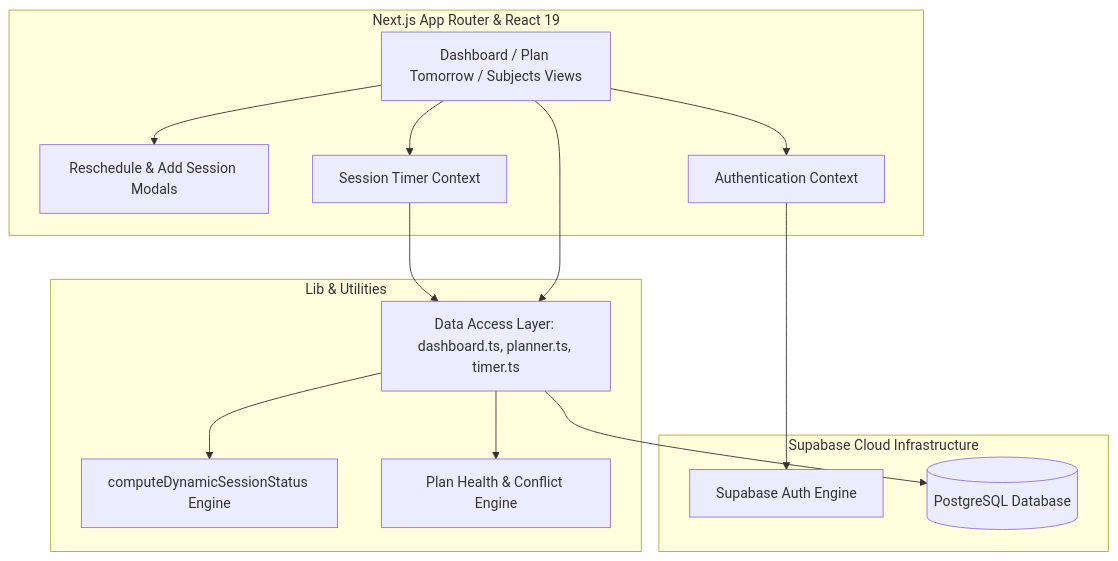
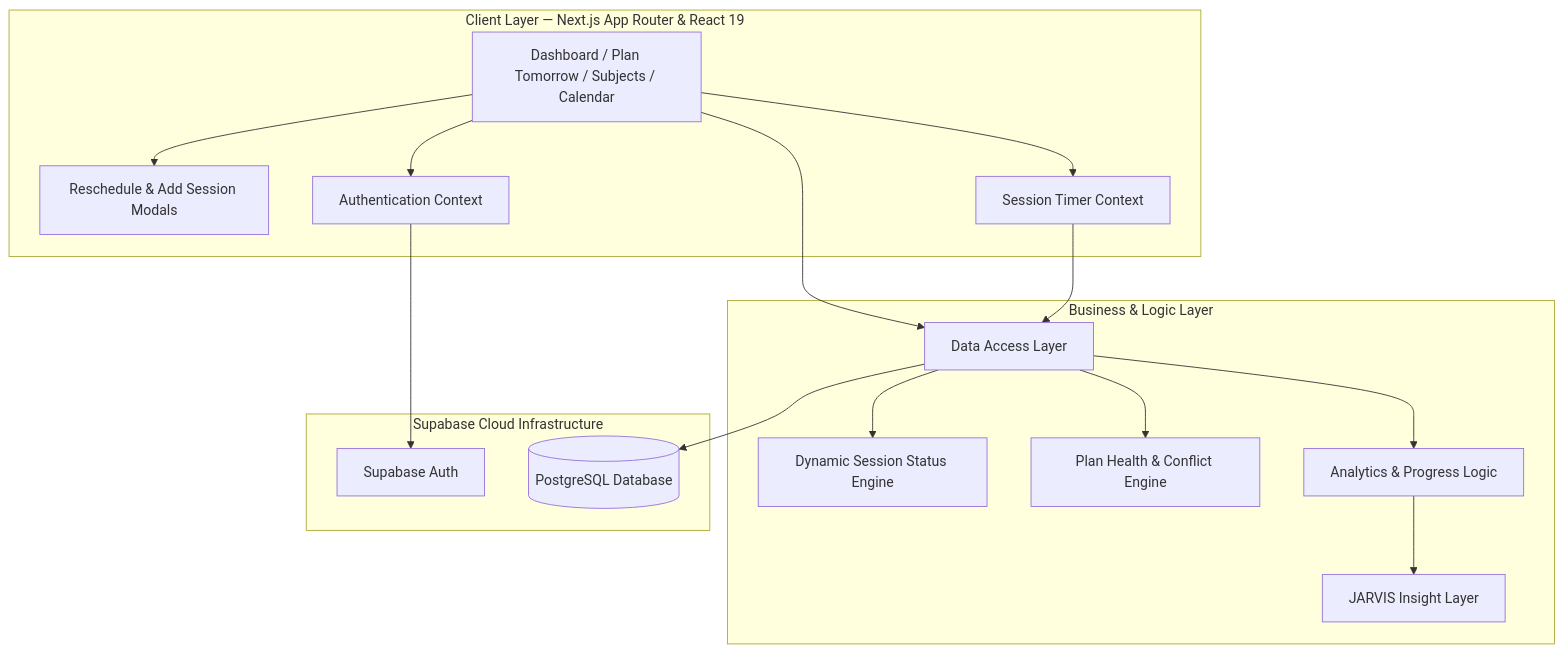
Before and after one commit to Maxwell343/StudyOS-Personal-Study-Management-Analytics-System: the first of 3 diagrams in README.md, drawn with Mermaid. The commit also changed other lines of this file, not shown here.

````diff
--- a/README.md
+++ b/README.md
@@ -59,30 +305,37 @@
 ```mermaid
 graph TD
-    subgraph Client Layer [Next.js App Router & React 19]
-        UI[Dashboard / Plan Tomorrow / Subjects Views]
-        Modal[Reschedule & Add Session Modals]
-        TimerContext[Session Timer Context]
-        AuthContext[Authentication Context]
+
+    subgraph Client["Client Layer — Next.js App Router & React 19"]
+        UI["Dashboard / Plan Tomorrow / Subjects / Calendar"]
+        Modal["Reschedule & Add Session Modals"]
+        TimerContext["Session Timer Context"]
+        AuthContext["Authentication Context"]
     end
 
-    subgraph Business & Logic Layer [Lib & Utilities]
-        DynamicStatus[computeDynamicSessionStatus Engine]
-        PlannerUtils[Plan Health & Conflict Engine]
-        DataAdapter[Data Access Layer: dashboard.ts, planner.ts, timer.ts]
+    subgraph Logic["Business & Logic Layer"]
+        DynamicStatus["Dynamic Session Status Engine"]
+        PlannerUtils["Plan Health & Conflict Engine"]
+        DataAdapter["Data Access Layer"]
+        Analytics["Analytics & Progress Logic"]
+        Jarvis["JARVIS Insight Layer"]
     end
 
-    subgraph BaaS Layer [Supabase Cloud Infrastructure]
-        Auth[Supabase Auth Engine]
-        DB[(PostgreSQL Database)]
+    subgraph Backend["Supabase Cloud Infrastructure"]
+        Auth["Supabase Auth"]
+        DB[("PostgreSQL Database")]
     end
 
     UI --> Modal
     UI --> TimerContext
     UI --> AuthContext
+    UI --> DataAdapter
+
     TimerContext --> DataAdapter
-    UI --> DataAdapter
     DataAdapter --> DynamicStatus
     DataAdapter --> PlannerUtils
+    DataAdapter --> Analytics
+    Analytics --> Jarvis
+
     DataAdapter --> DB
     AuthContext --> Auth
 ```
````
